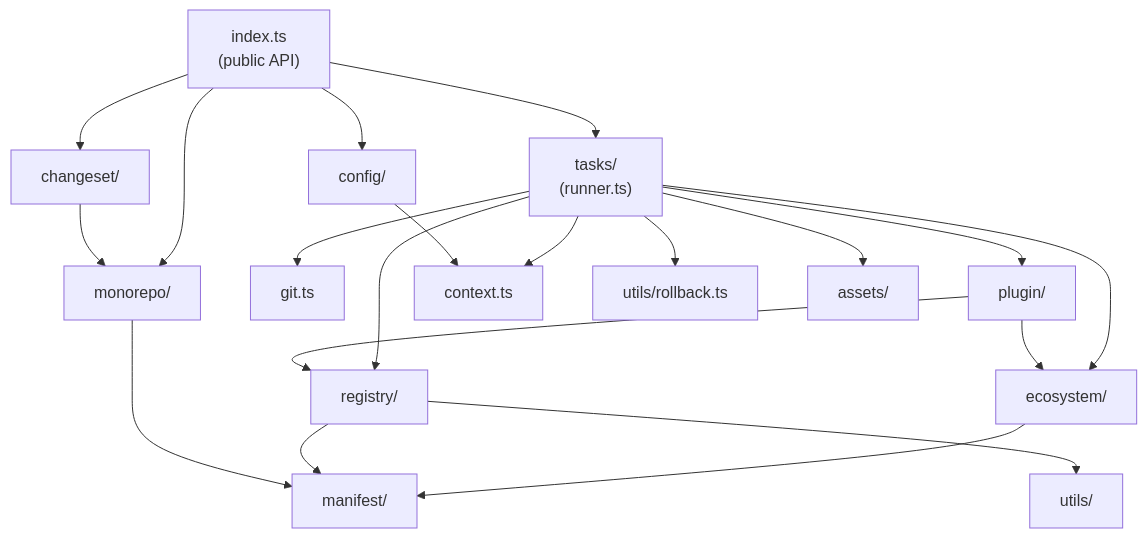
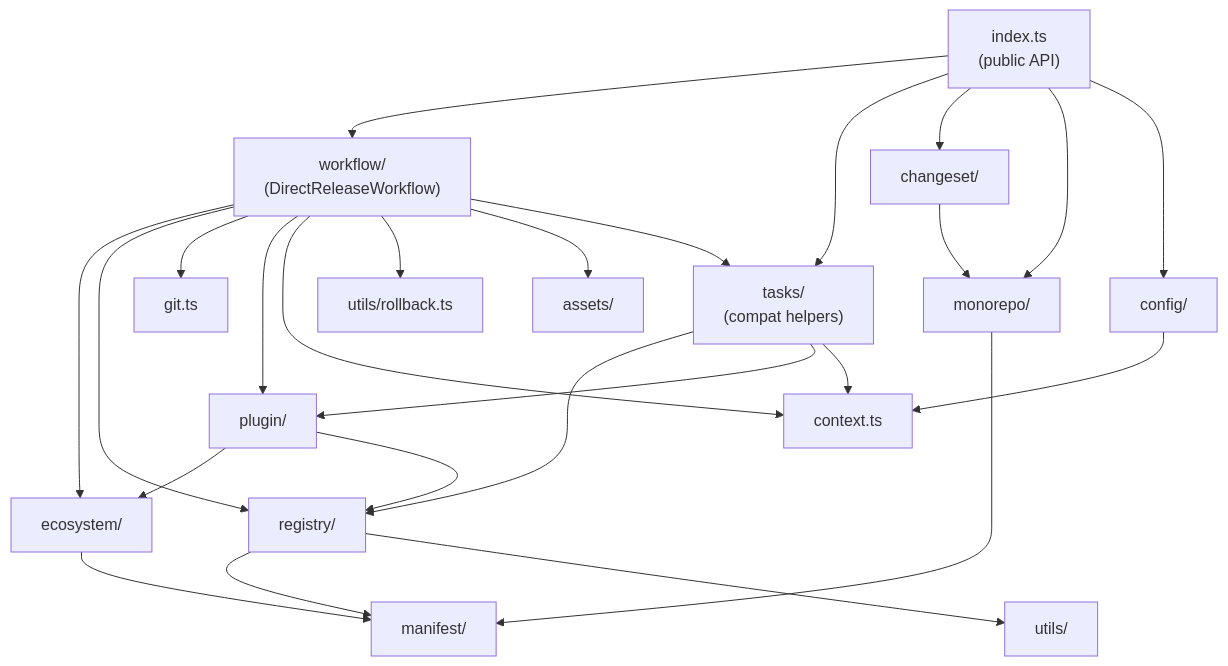
One commit to syi0808/pubm changed the second of 15 diagrams in ARCHITECTURE.md. Above: the diagram before and after it, drawn with Mermaid. The commit also changed other lines of this file and 58 other files, not shown here.

Commit message:
refactor: complete workflow runner migration

````diff
--- a/ARCHITECTURE.md
+++ b/ARCHITECTURE.md
@@ -293,27 +300,33 @@
 ```mermaid
 graph TD
-    INDEX["index.ts<br/>(public API)"] --> TASKS
+    INDEX["index.ts<br/>(public API)"] --> WORKFLOW
+    INDEX --> TASKS
     INDEX --> CHANGESET
     INDEX --> MONOREPO
     INDEX --> CONFIG
 
-    TASKS["tasks/<br/>(runner.ts)"] --> ECO["ecosystem/"]
-    TASKS --> REG["registry/"]
-    TASKS --> GIT["git.ts"]
-    TASKS --> PLUGIN["plugin/"]
-    TASKS --> CTX["context.ts"]
-    TASKS --> ROLLBACK["utils/rollback.ts"]
-    TASKS --> ASSETS["assets/"]
+    WORKFLOW["workflow/<br/>(DirectReleaseWorkflow)"] --> ECO["ecosystem/"]
+    WORKFLOW --> REG["registry/"]
+    WORKFLOW --> GIT["git.ts"]
+    WORKFLOW --> PLUGIN["plugin/"]
+    WORKFLOW --> CTX["context.ts"]
+    WORKFLOW --> ROLLBACK["utils/rollback.ts"]
+    WORKFLOW --> ASSETS["assets/"]
+    WORKFLOW --> TASKS["tasks/<br/>(compat helpers)"]
+
+    TASKS --> REG
+    TASKS --> PLUGIN
+    TASKS --> CTX
 
     ECO --> MANIFEST["manifest/"]
     REG --> MANIFEST
     REG --> UTILS["utils/"]
 
     CHANGESET["changeset/"] --> MONOREPO["monorepo/"]
     MONOREPO --> MANIFEST
 
     PLUGIN --> ECO
     PLUGIN --> REG
 
     CONFIG["config/"] --> CTX
 ```
````
